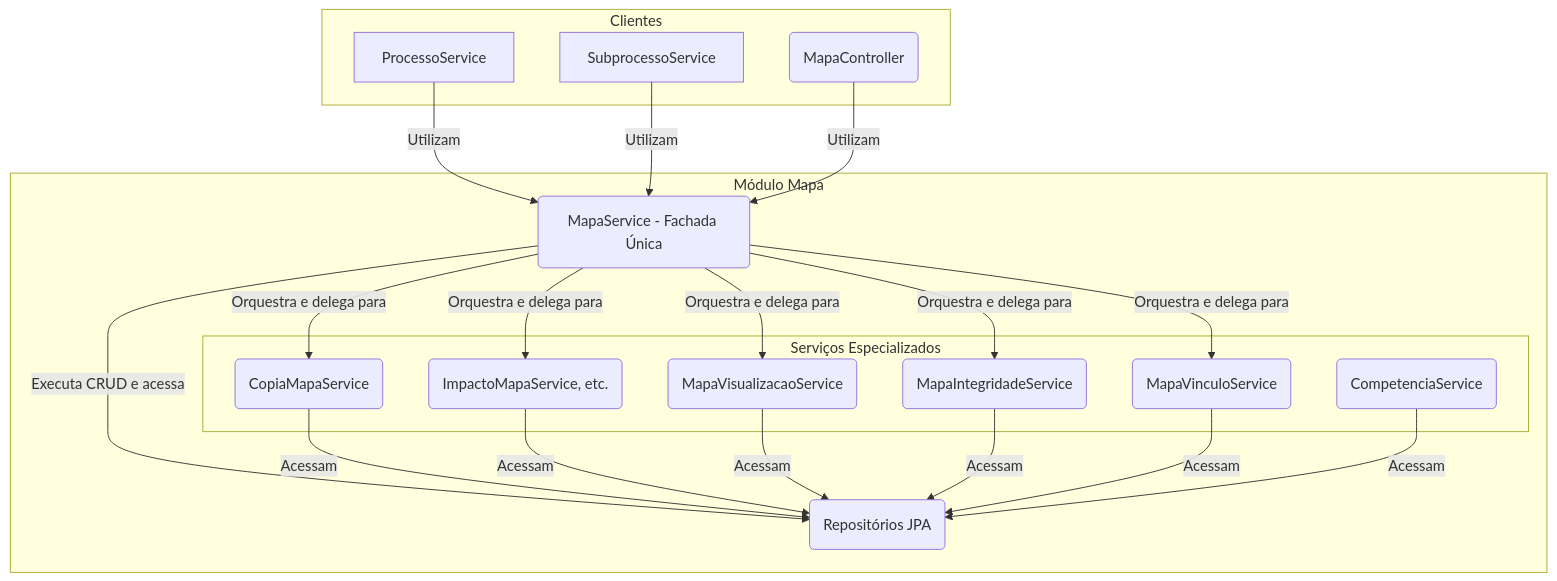
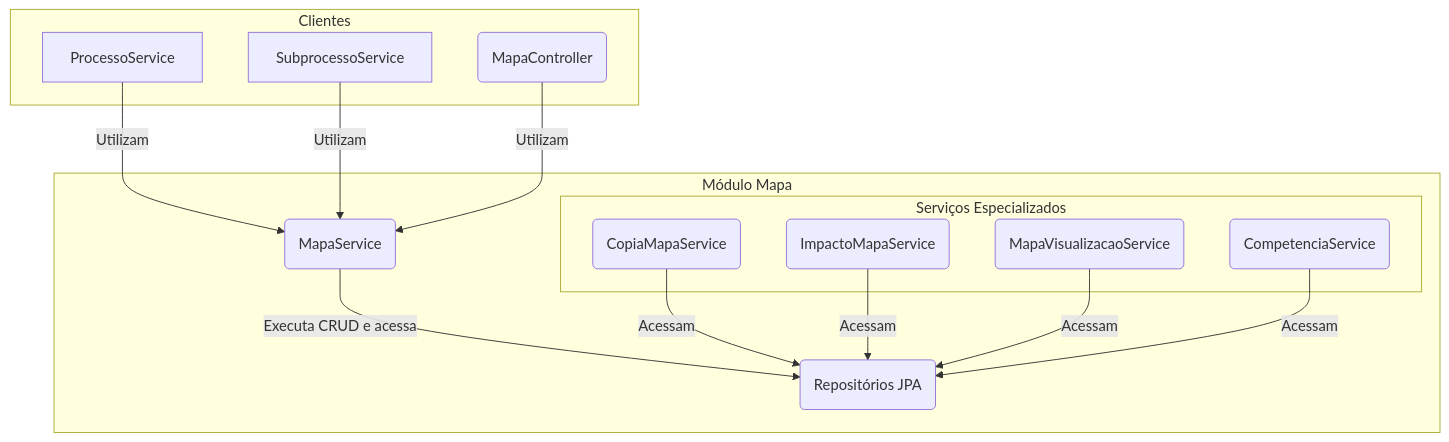
One commit to lgalvao/sgc changed the diagram in backend/src/main/java/sgc/mapa/README.md. Above: the diagram before and after it, drawn with Mermaid. The commit also changed other lines of this file and 95 other files, not shown here.

````diff
--- a/backend/src/main/java/sgc/mapa/README.md
+++ b/backend/src/main/java/sgc/mapa/README.md
@@ -18,30 +16,27 @@
 ```mermaid
 graph TD
     subgraph "Clientes"
         ProcessoService
         SubprocessoService
         Controle(MapaController)
     end
 
     subgraph "Módulo Mapa"
-        Facade(MapaService - Fachada Única)
+        Facade(MapaService)
 
         subgraph "Serviços Especializados"
             Copia(CopiaMapaService)
-            Impacto(ImpactoMapaService, etc.)
+            Impacto(ImpactoMapaService)
             Visualizacao(MapaVisualizacaoService)
-            Integridade(MapaIntegridadeService)
-            Vinculo(MapaVinculoService)
             Competencia(CompetenciaService)
         end
 
         Repos(Repositórios JPA)
     end
 
     ProcessoService & SubprocessoService & Controle -- Utilizam --> Facade
 
-    Facade -- Orquestra e delega para --> Copia & Impacto & Visualizacao & Integridade & Vinculo
     Facade -- Executa CRUD e acessa --> Repos
 
-    Copia & Impacto & Visualizacao & Integridade & Vinculo & Competencia -- Acessam --> Repos
+    Copia & Impacto & Visualizacao & Competencia -- Acessam --> Repos
 ```
````
